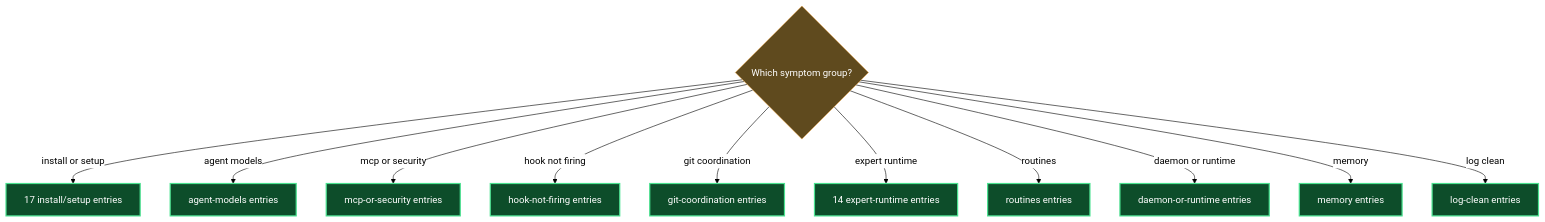
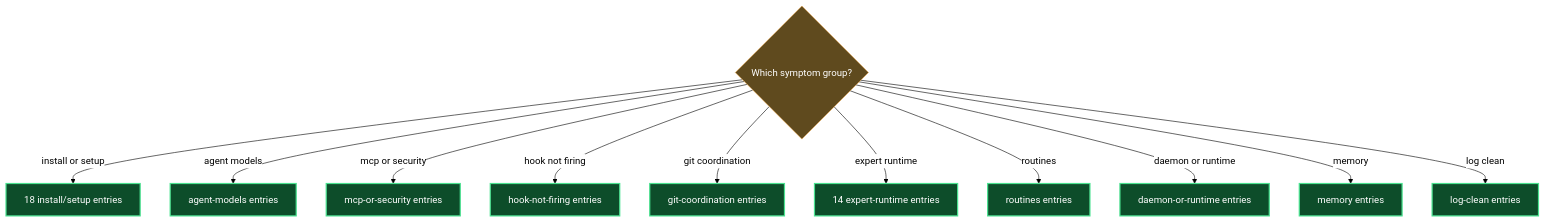
One commit to mebius-san/lazy-cortex changed the diagram in claude/lazycortex-core/help/troubleshooting.md. Above: the diagram before and after it, drawn with Mermaid. The commit also changed other lines of this file and 7 other files, not shown here.

````diff
--- a/claude/lazycortex-core/help/troubleshooting.md
+++ b/claude/lazycortex-core/help/troubleshooting.md
@@ -733,42 +743,42 @@
 ```mermaid
 %%{init: {'themeVariables':{'lineColor':'#000','textColor':'#000','edgeLabelBackground':'#fff'},'themeCSS':'.edgeLabel{background-color:transparent!important}.edgeLabel p{background-color:transparent!important}','flowchart':{'diagramPadding':5,'useMaxWidth':true}}}%%
 flowchart TD
   symptomGroup{Which symptom group?}
 
-  installSetup[17 install/setup entries]
+  installSetup[18 install/setup entries]
   agentModels[agent-models entries]
   mcpOrSecurity[mcp-or-security entries]
   hookNotFiring[hook-not-firing entries]
   gitCoordination[git-coordination entries]
   expertRuntime[14 expert-runtime entries]
   routines[routines entries]
   daemonOrRuntime[daemon-or-runtime entries]
   memory[memory entries]
   logClean[log-clean entries]
 
   symptomGroup -->|install or setup| installSetup
   symptomGroup -->|agent models| agentModels
   symptomGroup -->|mcp or security| mcpOrSecurity
   symptomGroup -->|hook not firing| hookNotFiring
   symptomGroup -->|git coordination| gitCoordination
   symptomGroup -->|expert runtime| expertRuntime
   symptomGroup -->|routines| routines
   symptomGroup -->|daemon or runtime| daemonOrRuntime
   symptomGroup -->|memory| memory
   symptomGroup -->|log clean| logClean
 
   classDef guard fill:#5f4a1e,stroke:#e2a14a,color:#fff
   classDef success fill:#0d4d2a,stroke:#4ae290,color:#fff,stroke-width:2px
 
   class symptomGroup guard
   class installSetup success
   class agentModels success
   class mcpOrSecurity success
   class hookNotFiring success
   class gitCoordination success
   class expertRuntime success
   class routines success
   class daemonOrRuntime success
   class memory success
   class logClean success
 ```
````
